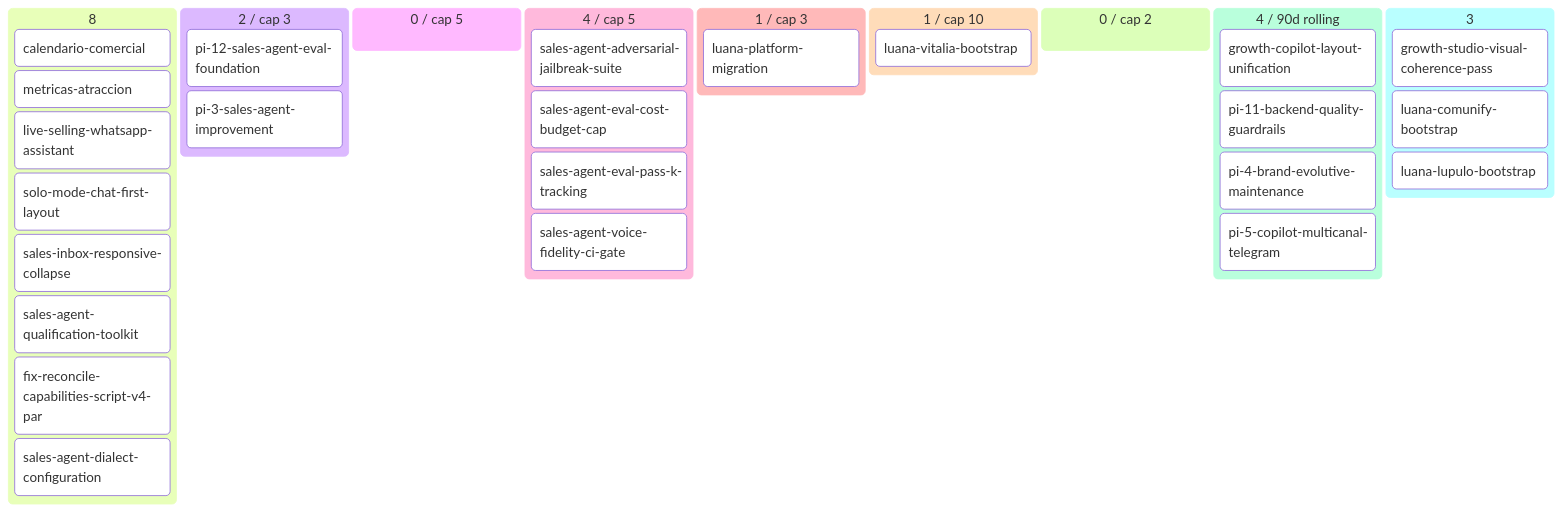
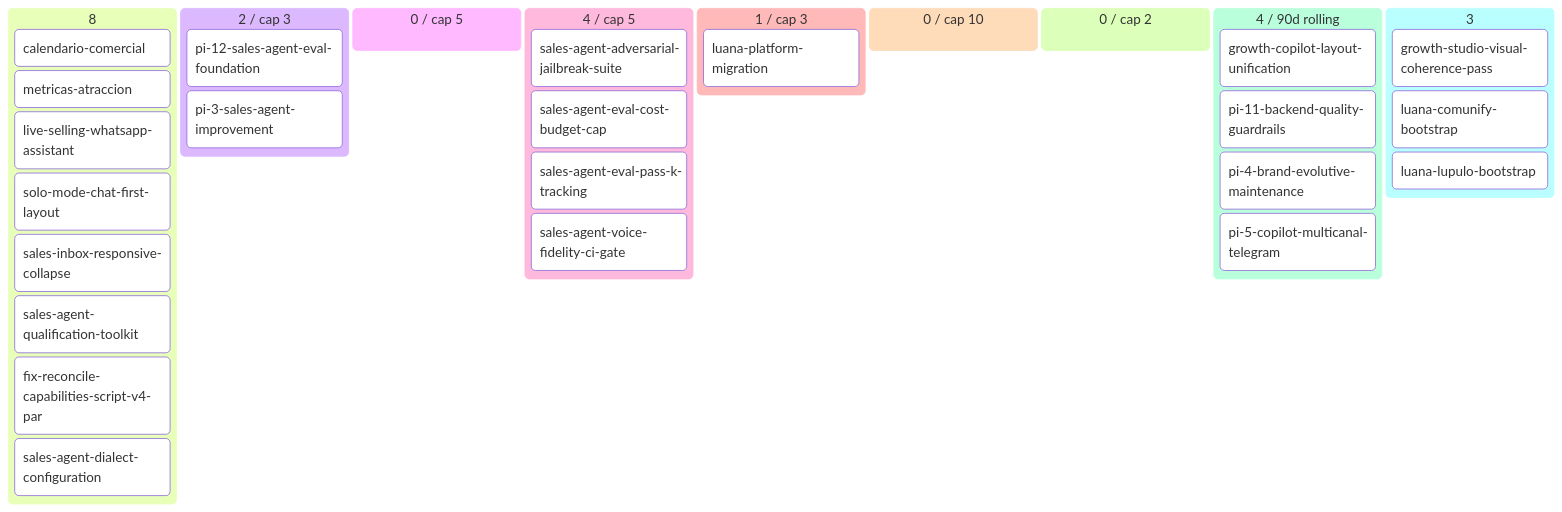
Before and after one commit to alpacapurpura/ap_sales_agent: the diagram in docs/product/BACKLOG.md, drawn with Mermaid. The commit also changed other lines of this file and 109 other files, not shown here.

````diff
--- a/docs/product/BACKLOG.md
+++ b/docs/product/BACKLOG.md
@@ -60,35 +60,34 @@
 ```mermaid
 kanban
   💡 Ideas (8)
     calendario-comercial[calendario-comercial]
     metricas-atraccion[metricas-atraccion]
     live-selling-whatsapp-assistan[live-selling-whatsapp-assistant]
     solo-mode-chat-first-layout[solo-mode-chat-first-layout]
     sales-inbox-responsive-collaps[sales-inbox-responsive-collapse]
     sales-agent-qualification-tool[sales-agent-qualification-toolkit]
     fix-reconcile-capabilities-scr[fix-reconcile-capabilities-script-v4-par]
     sales-agent-dialect-configurat[sales-agent-dialect-configuration]
   🔬 Refining (2 / cap 3)
     pi-12-sales-agent-eval-foundat[pi-12-sales-agent-eval-foundation]
     pi-3-sales-agent-improvement[pi-3-sales-agent-improvement]
   ✅ Refined (0 / cap 5)
   📦 Ready (4 / cap 5)
     sales-agent-adversarial-jailbr[sales-agent-adversarial-jailbreak-suite]
     sales-agent-eval-cost-budget-c[sales-agent-eval-cost-budget-cap]
     sales-agent-eval-pass-k-tracki[sales-agent-eval-pass-k-tracking]
     sales-agent-voice-fidelity-ci-[sales-agent-voice-fidelity-ci-gate]
   🔨 Developing (1 / cap 3)
     luana-platform-migration[luana-platform-migration]
-  🧪 Developed (1 / cap 10)
-    luana-vitalia-bootstrap[luana-vitalia-bootstrap]
+  🧪 Developed (0 / cap 10)
   🔍 Reviewing (0 / cap 2)
   ✅ Done (4 / 90d rolling)
     growth-copilot-layout-unificat[growth-copilot-layout-unification]
     pi-11-backend-quality-guardrai[pi-11-backend-quality-guardrails]
     pi-4-brand-evolutive-maintenan[pi-4-brand-evolutive-maintenance]
     pi-5-copilot-multicanal-telegr[pi-5-copilot-multicanal-telegram]
   🅿 Parked (3)
     growth-studio-visual-coherence[growth-studio-visual-coherence-pass]
     luana-comunify-bootstrap[luana-comunify-bootstrap]
     luana-lupulo-bootstrap[luana-lupulo-bootstrap]
 ```
````
